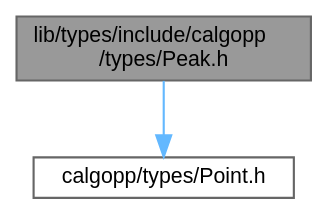
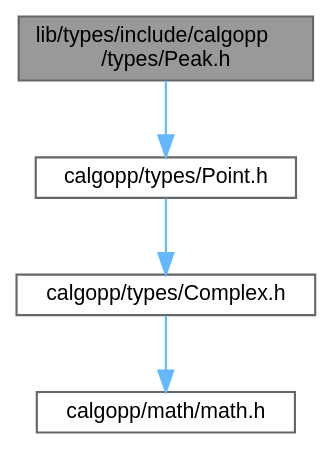
The diagram in Peak_8h__incl.dot (pawelekg95/algopp), drawn with Graphviz before and after one commit. The commit also changed 136 other files, not shown here.

```diff
--- a/Peak_8h__incl.dot
+++ b/Peak_8h__incl.dot
@@ -1,10 +1,14 @@
 digraph "lib/types/include/calgopp/types/Peak.h"
 {
  // LATEX_PDF_SIZE
   bgcolor="transparent";
   edge [fontname=Helvetica,fontsize=10,labelfontname=Helvetica,labelfontsize=10];
   node [fontname=Helvetica,fontsize=10,shape=box,height=0.2,width=0.4];
   Node1 [label="lib/types/include/calgopp\l/types/Peak.h",height=0.2,width=0.4,color="gray40", fillcolor="grey60", style="filled", fontcolor="black",tooltip=" "];
   Node1 -> Node2 [color="steelblue1",style="solid"];
   Node2 [label="calgopp/types/Point.h",height=0.2,width=0.4,color="grey40", fillcolor="white", style="filled",URL="$Point_8h.html",tooltip=" "];
+  Node2 -> Node3 [color="steelblue1",style="solid"];
+  Node3 [label="calgopp/types/Complex.h",height=0.2,width=0.4,color="grey40", fillcolor="white", style="filled",URL="$Complex_8h.html",tooltip=" "];
+  Node3 -> Node4 [color="steelblue1",style="solid"];
+  Node4 [label="calgopp/math/math.h",height=0.2,width=0.4,color="grey40", fillcolor="white", style="filled",URL="$math_8h.html",tooltip=" "];
 }
```
